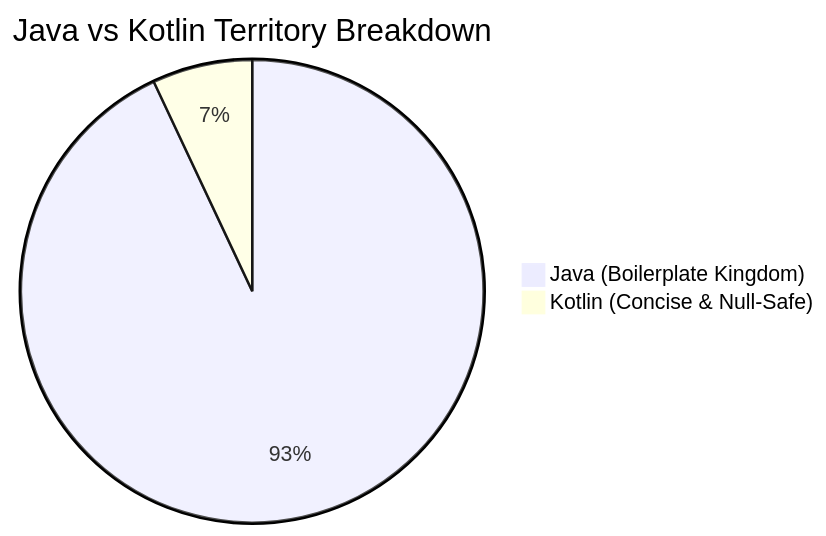
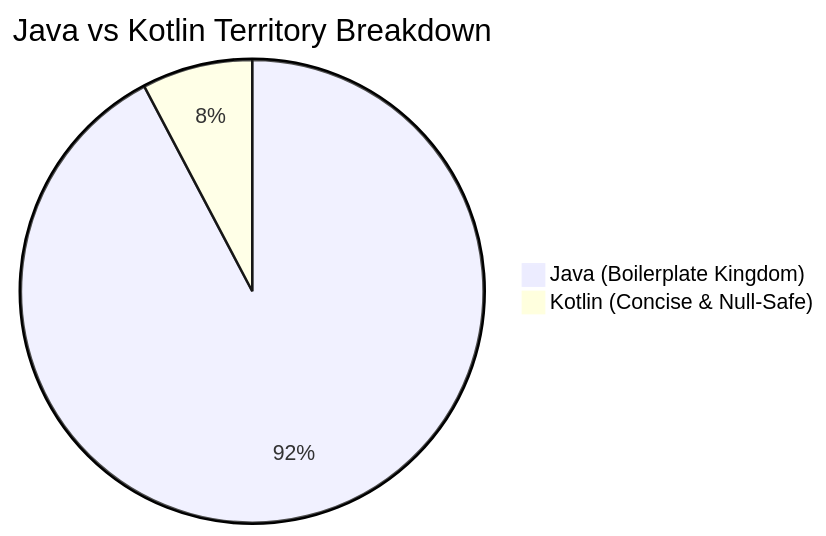
The first of 3 diagrams in KOTLIN_MIGRATION_REPORT.md (solomonrajan/cashledger), drawn with Mermaid before and after one commit. The commit also changed other lines of this file and 6 other files, not shown here.

````diff
--- a/KOTLIN_MIGRATION_REPORT.md
+++ b/KOTLIN_MIGRATION_REPORT.md
@@ -19,5 +19,5 @@
 ```mermaid
 pie title Java vs Kotlin Territory Breakdown
-    "Java (Boilerplate Kingdom)" : 492
-    "Kotlin (Concise & Null-Safe)" : 37
+    "Java (Boilerplate Kingdom)" : 490
+    "Kotlin (Concise & Null-Safe)" : 41
 ```
````
